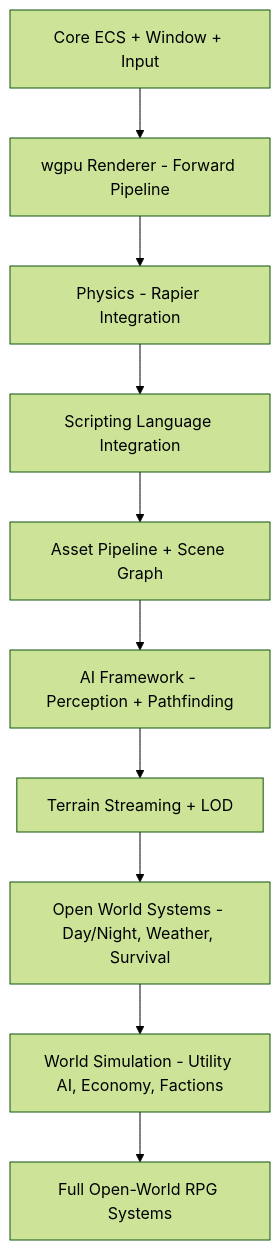
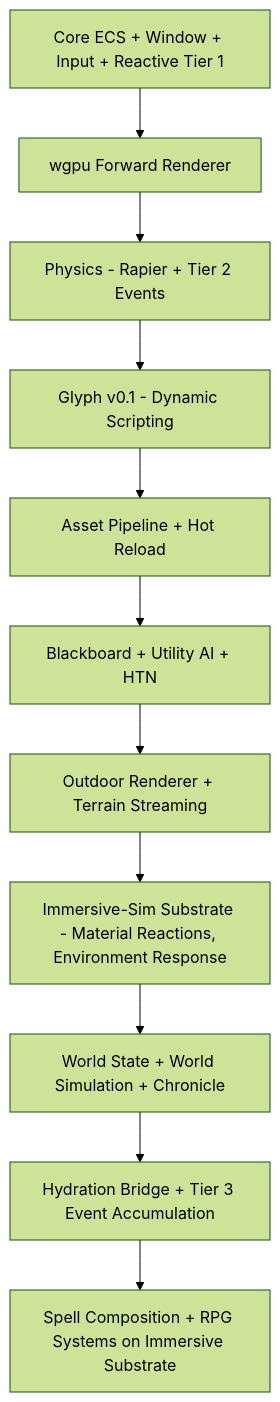
The first of 2 diagrams in plans/plan.md (MuirDun/schooner), drawn with Mermaid (forest theme) before and after one commit. The commit also changed other lines of this file and 13 other files, not shown here.

Commit message:
shape the architecture and plans

````diff
--- a/plans/plan.md
+++ b/plans/plan.md
@@ -13,12 +15,13 @@
 ```mermaid
 graph TD
-    A[Core ECS + Window + Input] --> B[wgpu Renderer - Forward Pipeline]
-    B --> C[Physics - Rapier Integration]
-    C --> D[Scripting Language Integration]
-    D --> E[Asset Pipeline + Scene Graph]
-    E --> F[AI Framework - Perception + Pathfinding]
-    F --> G[Terrain Streaming + LOD]
-    G --> H[Open World Systems - Day/Night, Weather, Survival]
-    H --> I[World Simulation - Utility AI, Economy, Factions]
-    I --> J[Full Open-World RPG Systems]
+    A[Core ECS + Window + Input + Reactive Tier 1] --> B[wgpu Forward Renderer]
+    B --> C[Physics - Rapier + Tier 2 Events]
+    C --> D[Glyph v0.1 - Dynamic Scripting]
+    D --> E[Asset Pipeline + Hot Reload]
+    E --> F[Blackboard + Utility AI + HTN]
+    F --> G[Outdoor Renderer + Terrain Streaming]
+    G --> H[Immersive-Sim Substrate - Material Reactions, Environment Response]
+    H --> I[World State + World Simulation + Chronicle]
+    I --> J[Hydration Bridge + Tier 3 Event Accumulation]
+    J --> K[Spell Composition + RPG Systems on Immersive Substrate]
 ```
````
